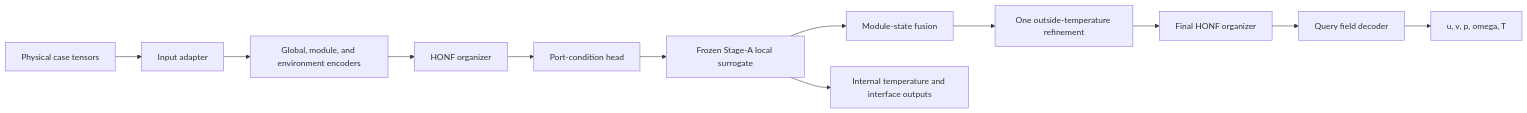
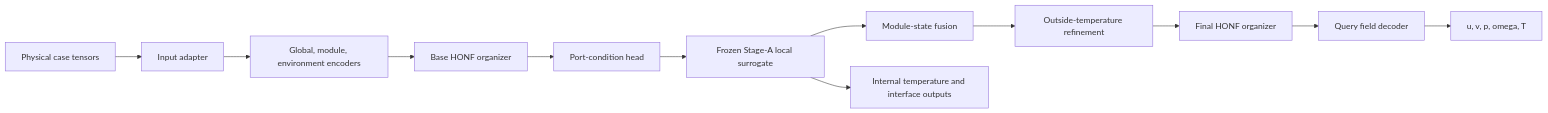
The diagram in HONF_Proj/ModelCompare.md (cosmos2w/ModularDT), drawn with Mermaid before and after one commit. The commit also changed other lines of this file, not shown here.

````diff
--- a/HONF_Proj/ModelCompare.md
+++ b/HONF_Proj/ModelCompare.md
@@ -155,14 +176,14 @@
 ```mermaid
 flowchart LR
     A[Physical case tensors] --> B[Input adapter]
-    B --> C[Global, module, and environment encoders]
-    C --> D[HONF organizer]
+    B --> C[Global, module, environment encoders]
+    C --> D[Base HONF organizer]
     D --> E[Port-condition head]
     E --> F[Frozen Stage-A local surrogate]
     F --> G[Module-state fusion]
-    G --> H[One outside-temperature refinement]
+    G --> H[Outside-temperature refinement]
     H --> I[Final HONF organizer]
     I --> J[Query field decoder]
     J --> K[u, v, p, omega, T]
     F --> L[Internal temperature and interface outputs]
 ```
````
